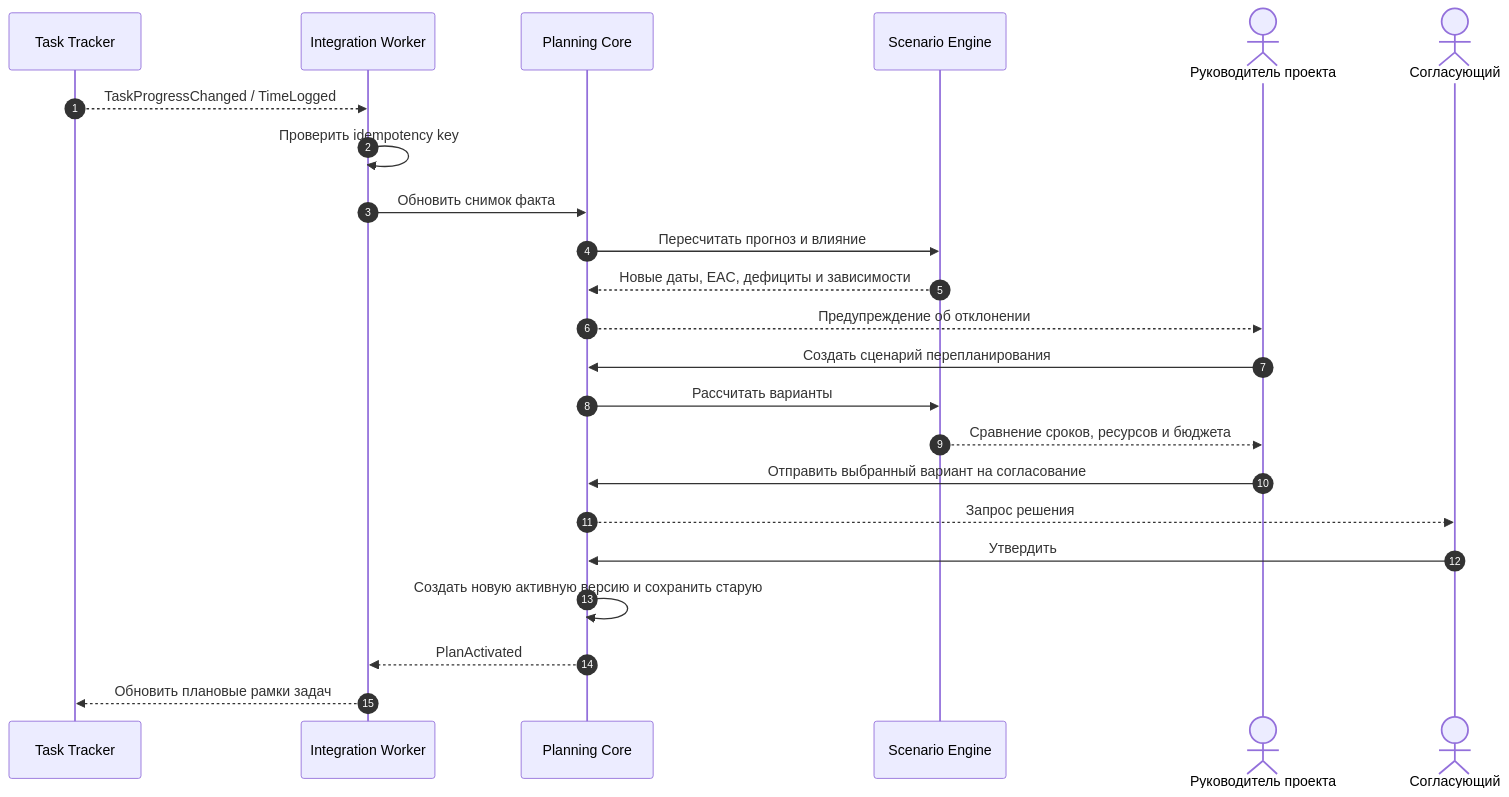
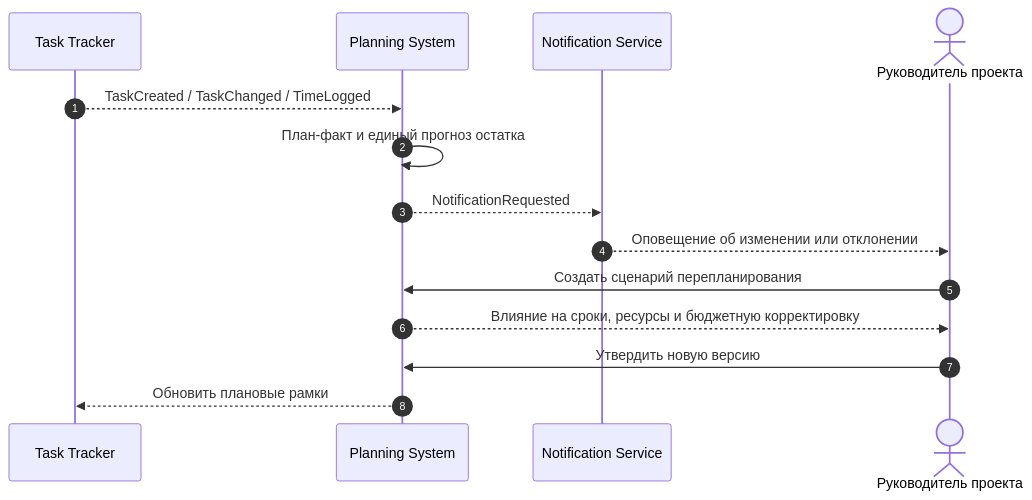
Before and after one commit to MEPhI-C22-501/arch-info-system-monorepo: the diagram in planning-system/docs/diagrams/07-uml-sequence-replanning.mmd, drawn with Mermaid. The commit also changed 15 other files, not shown here.

Commit message:
docs: finalize planning system requirements

```diff
--- a/planning-system/docs/diagrams/07-uml-sequence-replanning.mmd
+++ b/planning-system/docs/diagrams/07-uml-sequence-replanning.mmd
@@ -1,24 +1,15 @@
 sequenceDiagram
   autonumber
   participant TT as Task Tracker
-  participant IW as Integration Worker
-  participant PS as Planning Core
-  participant CE as Scenario Engine
+  participant PS as Planning System
+  participant NS as Notification Service
   actor PM as Руководитель проекта
-  actor AP as Согласующий
 
-  TT-->>IW: TaskProgressChanged / TimeLogged
-  IW->>IW: Проверить idempotency key
-  IW->>PS: Обновить снимок факта
-  PS->>CE: Пересчитать прогноз и влияние
-  CE-->>PS: Новые даты, EAC, дефициты и зависимости
-  PS-->>PM: Предупреждение об отклонении
+  TT-->>PS: TaskCreated / TaskChanged / TimeLogged
+  PS->>PS: План-факт и единый прогноз остатка
+  PS-->>NS: NotificationRequested
+  NS-->>PM: Оповещение об изменении или отклонении
   PM->>PS: Создать сценарий перепланирования
-  PS->>CE: Рассчитать варианты
-  CE-->>PM: Сравнение сроков, ресурсов и бюджета
-  PM->>PS: Отправить выбранный вариант на согласование
-  PS-->>AP: Запрос решения
-  AP->>PS: Утвердить
-  PS->>PS: Создать новую активную версию и сохранить старую
-  PS-->>IW: PlanActivated
-  IW-->>TT: Обновить плановые рамки задач
+  PS-->>PM: Влияние на сроки, ресурсы и бюджетную корректировку
+  PM->>PS: Утвердить новую версию
+  PS-->>TT: Обновить плановые рамки
```
